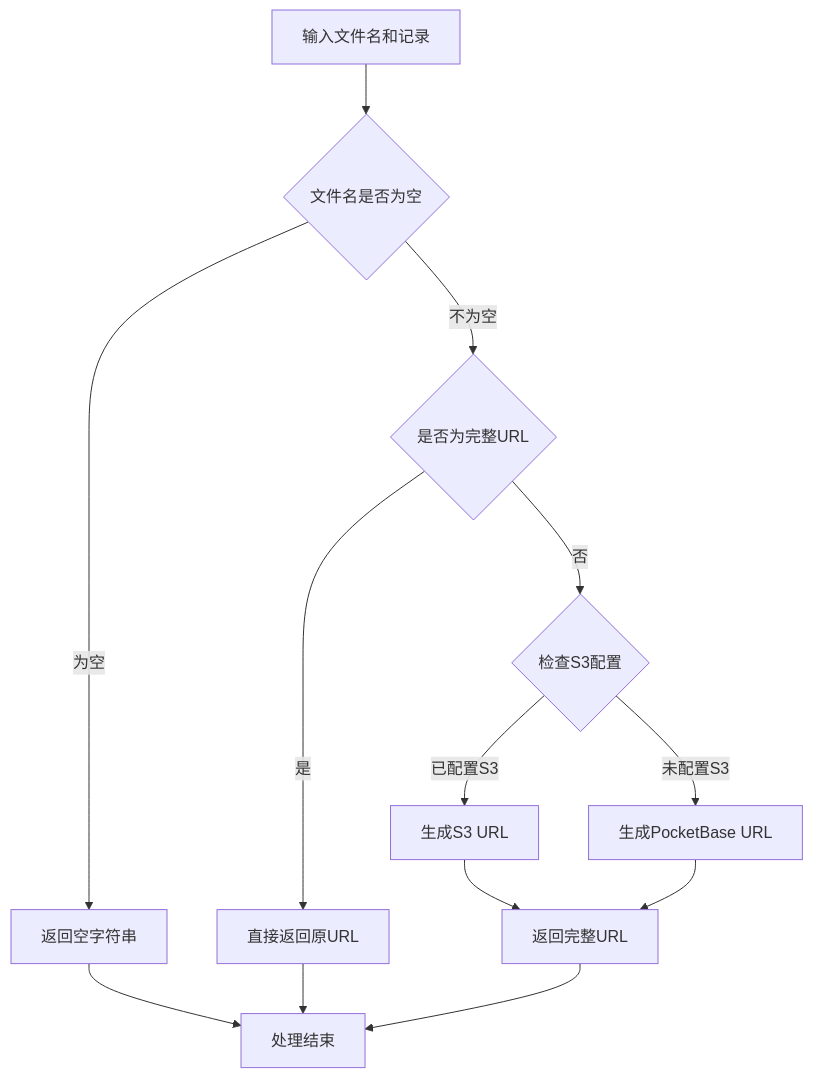
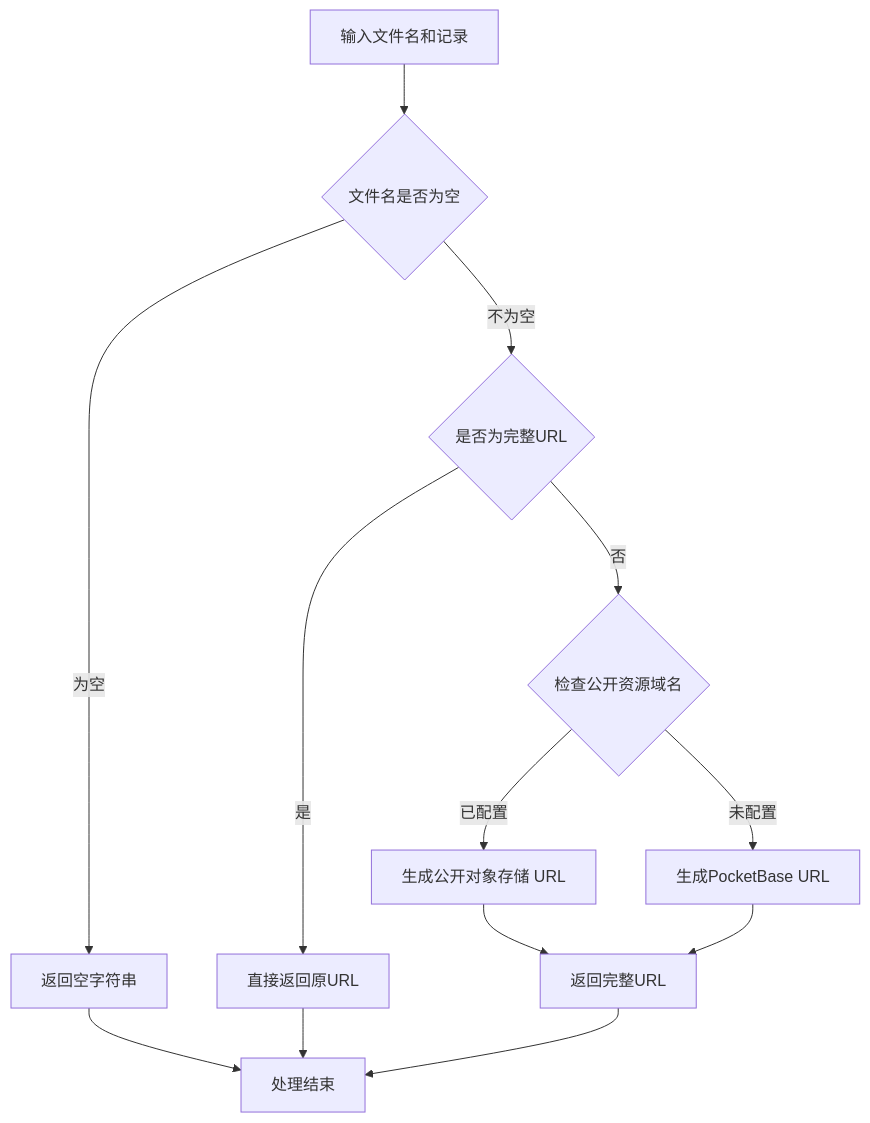
Before and after one commit to imatrixme/ikanyue: the diagram in ikanyue.mapi.hono/src/utils/fileUrl.js.md, drawn with Mermaid. The commit also changed other lines of this file and 3 other files, not shown here.

````diff
--- a/ikanyue.mapi.hono/src/utils/fileUrl.js.md
+++ b/ikanyue.mapi.hono/src/utils/fileUrl.js.md
@@ -9,15 +9,15 @@
 ```mermaid
 flowchart TD
     A[输入文件名和记录] --> B{文件名是否为空}
     B -->|为空| C[返回空字符串]
     B -->|不为空| D{是否为完整URL}
     D -->|是| E[直接返回原URL]
-    D -->|否| F{检查S3配置}
-    F -->|已配置S3| G[生成S3 URL]
-    F -->|未配置S3| H[生成PocketBase URL]
+    D -->|否| F{检查公开资源域名}
+    F -->|已配置| G[生成公开对象存储 URL]
+    F -->|未配置| H[生成PocketBase URL]
     G --> I[返回完整URL]
     H --> I
     C --> J[处理结束]
     E --> J
     I --> J
 ```
````
